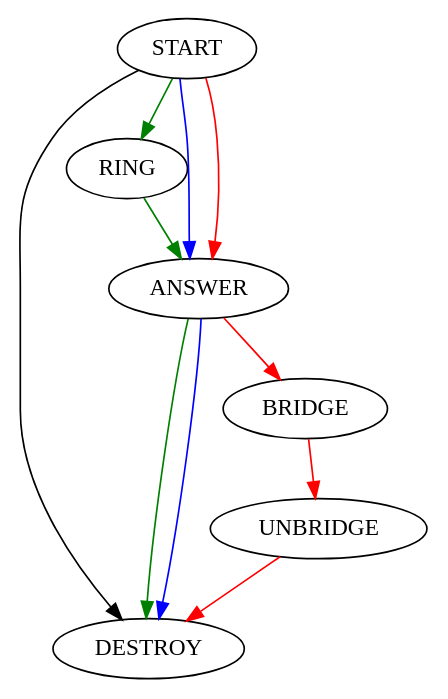
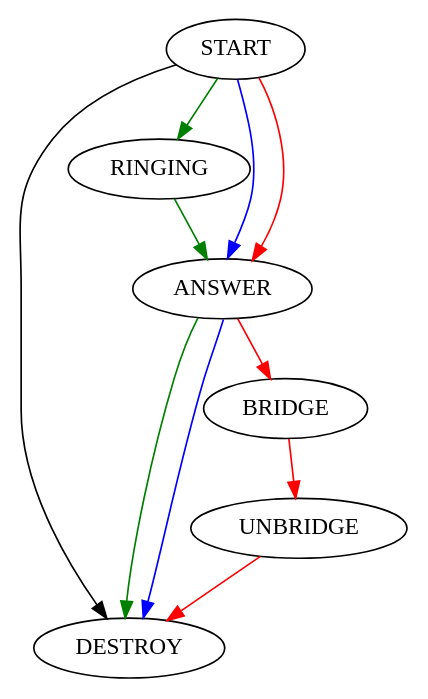
The first of 2 diagrams in core/README.md (xswitch-cn/xctrl), drawn with Graphviz before and after one commit. The commit also changed other lines of this file, not shown here.

Commit message:
use RINGING for chanel state

````diff
--- a/core/README.md
+++ b/core/README.md
@@ -301,8 +301,8 @@
 ```graphviz
 digraph G {
 	START -> DESTROY
-	START -> RING -> ANSWER -> DESTROY[color=green]
+	START -> RINGING -> ANSWER -> DESTROY[color=green]
 	START -> ANSWER -> DESTROY[color=blue]
 	START -> ANSWER -> BRIDGE -> UNBRIDGE -> DESTROY[color=red]
 }
 ```
````
